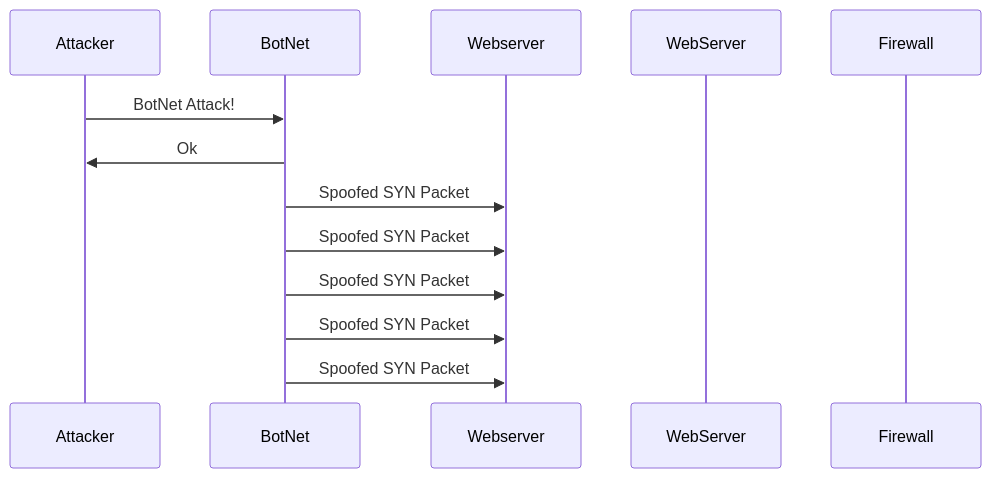
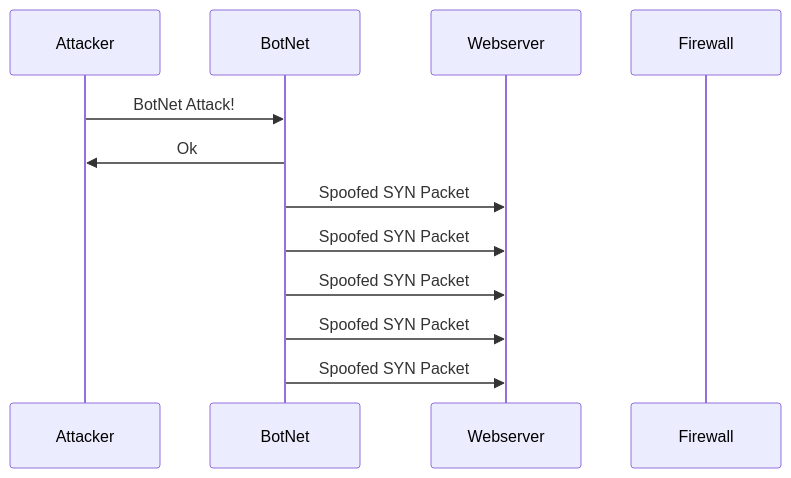
Before and after one commit to slaucks/slaucks.github.io: the diagram in DDoS_Attack_Sequence.md, drawn with Mermaid.

````diff
--- a/DDoS_Attack_Sequence.md
+++ b/DDoS_Attack_Sequence.md
@@ -1,13 +1,12 @@
 ```mermaid
 sequenceDiagram
  Attacker->>BotNet: BotNet Attack!
  BotNet->>Attacker: Ok
  BotNet->>Webserver: Spoofed SYN Packet
  BotNet->>Webserver: Spoofed SYN Packet
  BotNet->>Webserver: Spoofed SYN Packet
  BotNet->>Webserver: Spoofed SYN Packet
  BotNet->>Webserver: Spoofed SYN Packet
- participant WebServer
  participant Firewall
 
 ```
````
